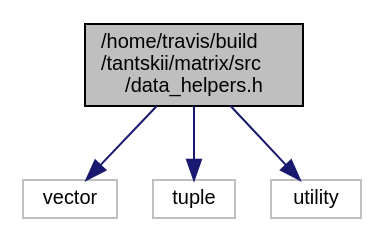
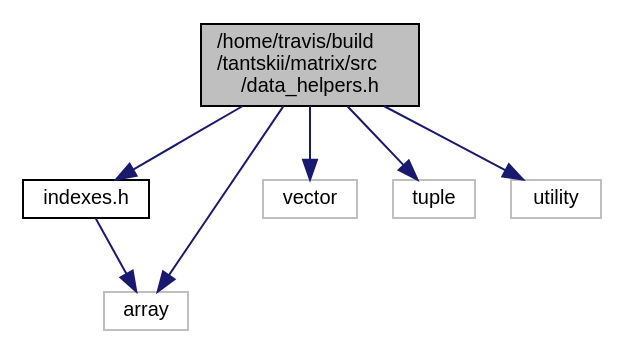
One commit to tantskii/matrix changed the diagram in data__helpers_8h__incl.dot. Above: the diagram before and after it, drawn with Graphviz. The commit also changed 95 other files, not shown here.

```diff
--- a/data__helpers_8h__incl.dot
+++ b/data__helpers_8h__incl.dot
@@ -1,12 +1,17 @@
 digraph "/home/travis/build/tantskii/matrix/src/data_helpers.h"
 {
   edge [fontname="Helvetica",fontsize="10",labelfontname="Helvetica",labelfontsize="10"];
   node [fontname="Helvetica",fontsize="10",shape=record];
   Node1 [label="/home/travis/build\l/tantskii/matrix/src\l/data_helpers.h",height=0.2,width=0.4,color="black", fillcolor="grey75", style="filled", fontcolor="black"];
   Node1 -> Node2 [color="midnightblue",fontsize="10",style="solid",fontname="Helvetica"];
-  Node2 [label="vector",height=0.2,width=0.4,color="grey75", fillcolor="white", style="filled"];
+  Node2 [label="indexes.h",height=0.2,width=0.4,color="black", fillcolor="white", style="filled",URL="$indexes_8h.html",tooltip="Заголовочный класс, содержащий определение набора индексов "];
+  Node2 -> Node3 [color="midnightblue",fontsize="10",style="solid",fontname="Helvetica"];
+  Node3 [label="array",height=0.2,width=0.4,color="grey75", fillcolor="white", style="filled"];
+  Node1 -> Node4 [color="midnightblue",fontsize="10",style="solid",fontname="Helvetica"];
+  Node4 [label="vector",height=0.2,width=0.4,color="grey75", fillcolor="white", style="filled"];
+  Node1 -> Node5 [color="midnightblue",fontsize="10",style="solid",fontname="Helvetica"];
+  Node5 [label="tuple",height=0.2,width=0.4,color="grey75", fillcolor="white", style="filled"];
+  Node1 -> Node6 [color="midnightblue",fontsize="10",style="solid",fontname="Helvetica"];
+  Node6 [label="utility",height=0.2,width=0.4,color="grey75", fillcolor="white", style="filled"];
   Node1 -> Node3 [color="midnightblue",fontsize="10",style="solid",fontname="Helvetica"];
-  Node3 [label="tuple",height=0.2,width=0.4,color="grey75", fillcolor="white", style="filled"];
-  Node1 -> Node4 [color="midnightblue",fontsize="10",style="solid",fontname="Helvetica"];
-  Node4 [label="utility",height=0.2,width=0.4,color="grey75", fillcolor="white", style="filled"];
 }
```
